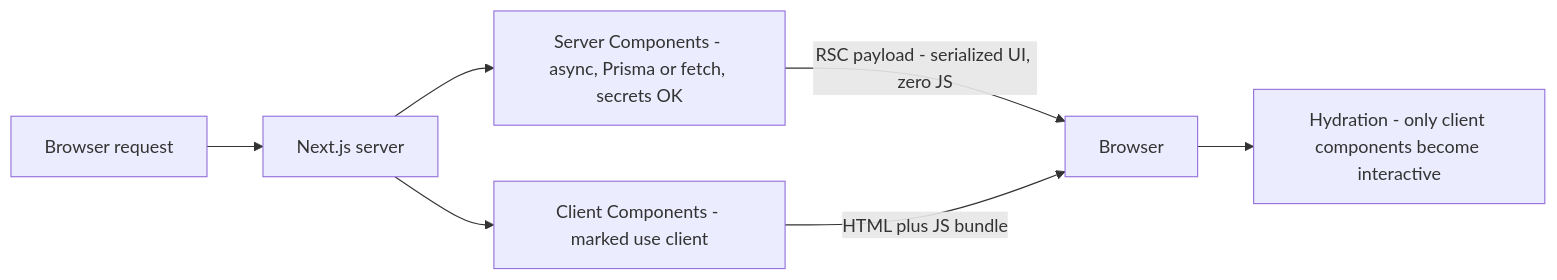
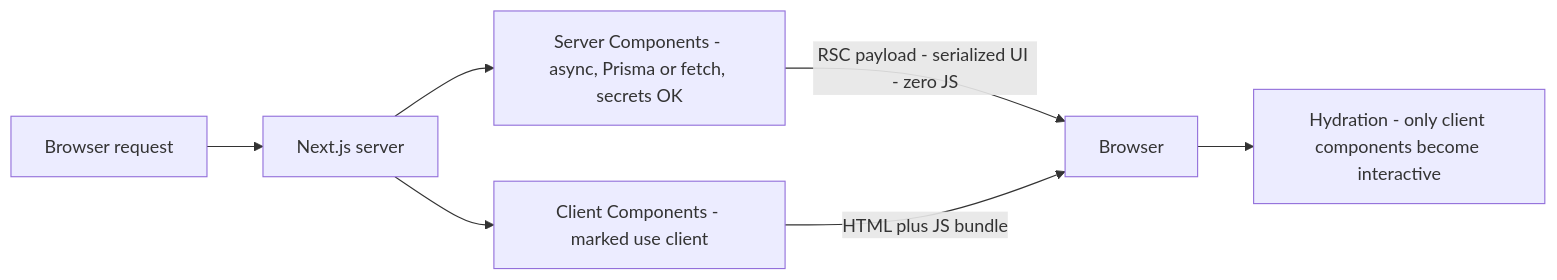
The second of 2 diagrams in notes/react-js-frontend-interview-guide.md (starjustice/research-material), drawn with Mermaid before and after one commit. The commit also changed 1 other file, not shown here.

Commit message:
Fix comma in Mermaid edge label breaking older renderers

````diff
--- a/notes/react-js-frontend-interview-guide.md
+++ b/notes/react-js-frontend-interview-guide.md
@@ -448,9 +448,9 @@
 ```mermaid
 graph LR
   A[Browser request] --> B["Next.js server"]
   B --> C["Server Components - async, Prisma or fetch, secrets OK"]
   B --> D["Client Components - marked use client"]
-  C -->|RSC payload - serialized UI, zero JS| E[Browser]
+  C -->|RSC payload - serialized UI - zero JS| E[Browser]
   D -->|HTML plus JS bundle| E
   E --> F["Hydration - only client components become interactive"]
 ```
````
